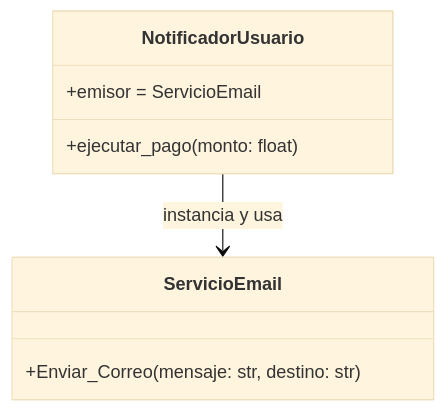
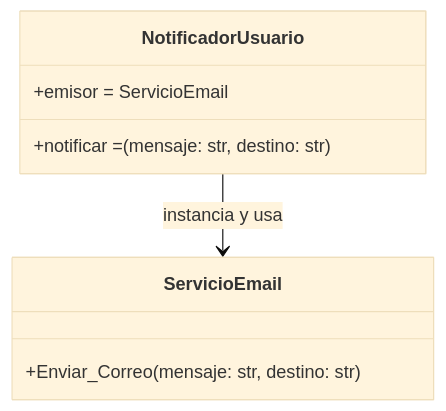
One commit to AndreaRamirez2416/POO-en-Python changed the diagram in DiagramaDeClaseErrorTarea.md. Above: the diagram before and after it, drawn with Mermaid (base theme). The commit also changed 9 other files, not shown here.

````diff
--- a/DiagramaDeClaseErrorTarea.md
+++ b/DiagramaDeClaseErrorTarea.md
@@ -1,16 +1,16 @@
 ```mermaid
 classDiagram
     direction    topDown
 
     class ServicioEmail{
         +Enviar_Correo (mensaje: str, destino: str)
     }
 
     class NotificadorUsuario {
         +emisor = ServicioEmail
-        +ejecutar_pago(monto: float)
+        +notificar = (mensaje: str, destino: str)
     }
 
     %% Dependencia directa y clases aisladas
     NotificadorUsuario --> ServicioEmail : instancia y usa
 ```
````
